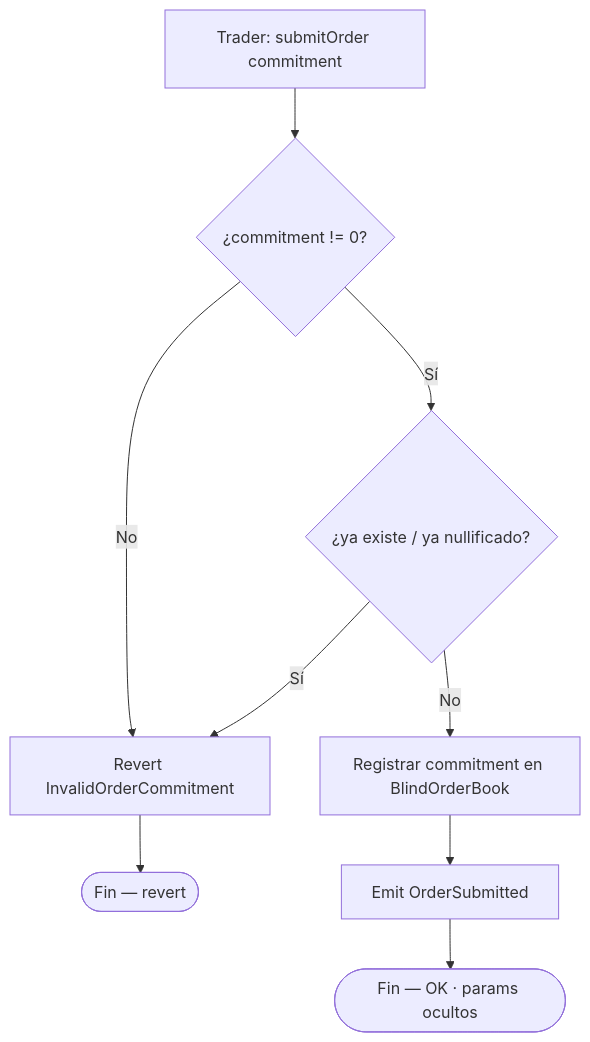
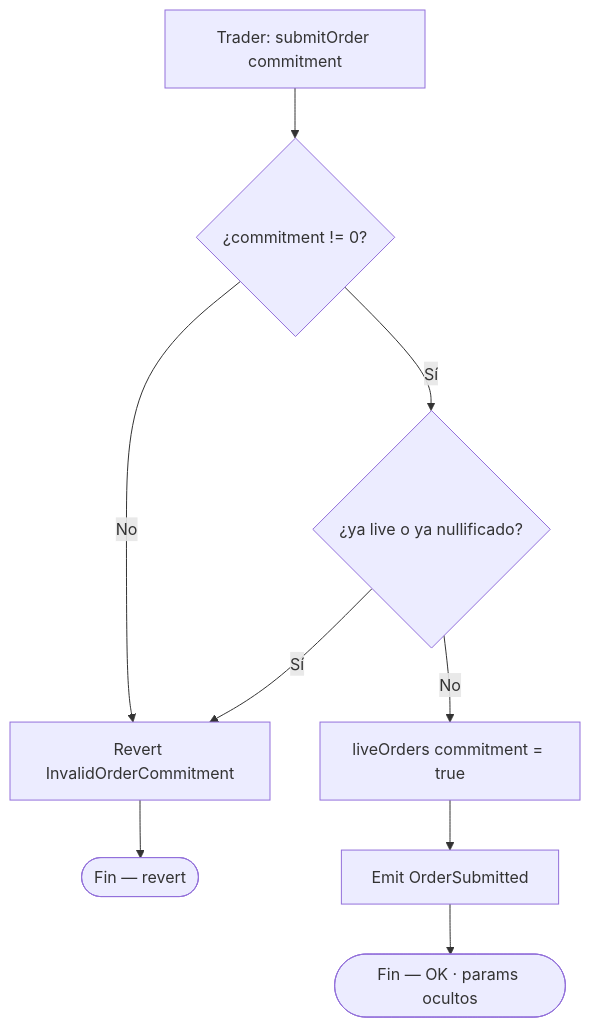
Before and after one commit to rastrahm/zk-dark-pool: the first of 7 diagrams in doc/diagrama-de-flujo.md, drawn with Mermaid. The commit also changed other lines of this file and 13 other files, not shown here.

````diff
--- a/doc/diagrama-de-flujo.md
+++ b/doc/diagrama-de-flujo.md
@@ -8,11 +8,11 @@
 ```mermaid
 flowchart TD
     A[Trader: submitOrder commitment] --> B{¿commitment != 0?}
     B -->|No| Z0[Revert InvalidOrderCommitment]
-    B -->|Sí| C{¿ya existe / ya nullificado?}
+    B -->|Sí| C{¿ya live o ya nullificado?}
     C -->|Sí| Z0
-    C -->|No| D[Registrar commitment en BlindOrderBook]
+    C -->|No| D[liveOrders commitment = true]
     D --> E[Emit OrderSubmitted]
     Z0 --> End([Fin — revert])
     E --> Ok([Fin — OK · params ocultos])
 ```
````
